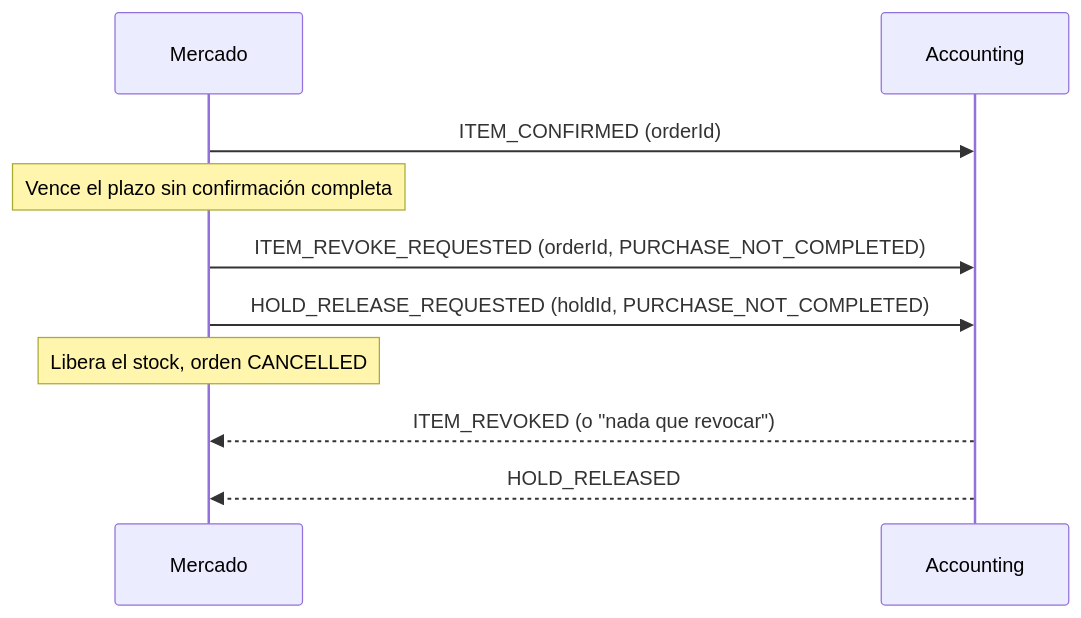
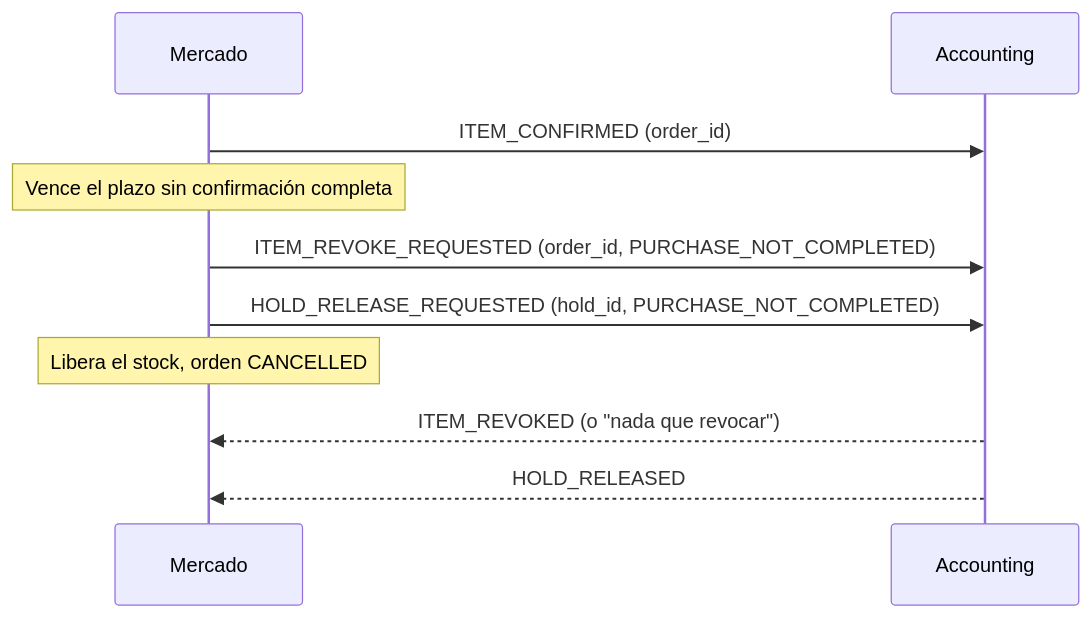
Before and after one commit to ValentinoMellia/tpi-market-vault: the second of 2 diagrams in 01 - Projects/Market Service/Propuesta C de la saga de compra.md, drawn with Mermaid. The commit also changed other lines of this file and 7 other files, not shown here.

````diff
--- a/01 - Projects/Market Service/Propuesta C de la saga de compra.md
+++ b/01 - Projects/Market Service/Propuesta C de la saga de compra.md
@@ -64,12 +64,12 @@
 ```mermaid
 sequenceDiagram
     participant M as Mercado
     participant A as Accounting
-    M->>A: ITEM_CONFIRMED (orderId)
+    M->>A: ITEM_CONFIRMED (order_id)
     Note over M: Vence el plazo sin confirmación completa
-    M->>A: ITEM_REVOKE_REQUESTED (orderId, PURCHASE_NOT_COMPLETED)
-    M->>A: HOLD_RELEASE_REQUESTED (holdId, PURCHASE_NOT_COMPLETED)
+    M->>A: ITEM_REVOKE_REQUESTED (order_id, PURCHASE_NOT_COMPLETED)
+    M->>A: HOLD_RELEASE_REQUESTED (hold_id, PURCHASE_NOT_COMPLETED)
     Note over M: Libera el stock, orden CANCELLED
     A-->>M: ITEM_REVOKED (o "nada que revocar")
     A-->>M: HOLD_RELEASED
 ```
````
